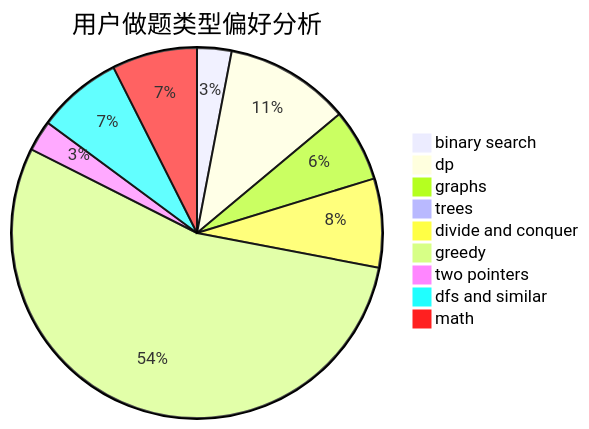
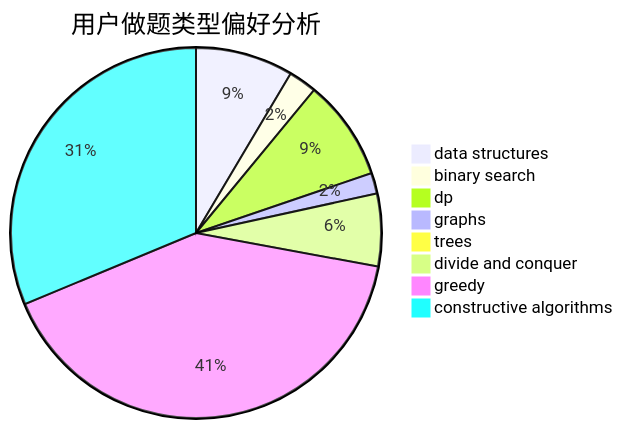
The second of 3 diagrams in docs/user/u2398.md (sherpahu/cfrs.github.io), drawn with Mermaid before and after one commit. The commit also changed other lines of this file and 2775 other files, not shown here.

````diff
--- a/docs/user/u2398.md
+++ b/docs/user/u2398.md
@@ -23,12 +23,11 @@
 ```mermaid
 pie title 用户做题类型偏好分析
+    "data structures" :  66
     "binary search" :  19
-    "dp" :  69
-    "graphs" :  40
+    "dp" :  68
+    "graphs" :  14
     "trees" :  0
     "divide and conquer" :  49
-    "greedy" :  344
-    "two pointers" :  17
-    "dfs and similar" :  47
-    "math" :  47
+    "greedy" :  316
+    "constructive algorithms" :  242
 ```
````
